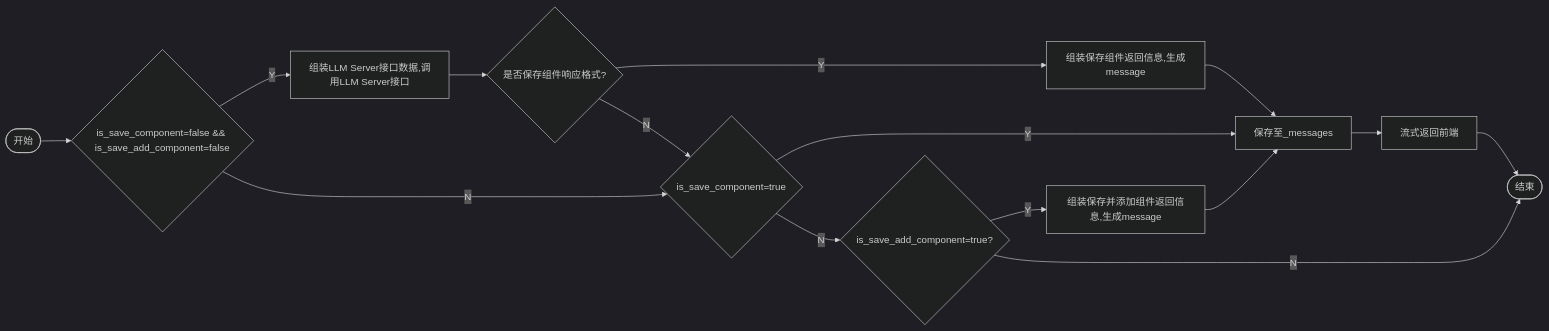
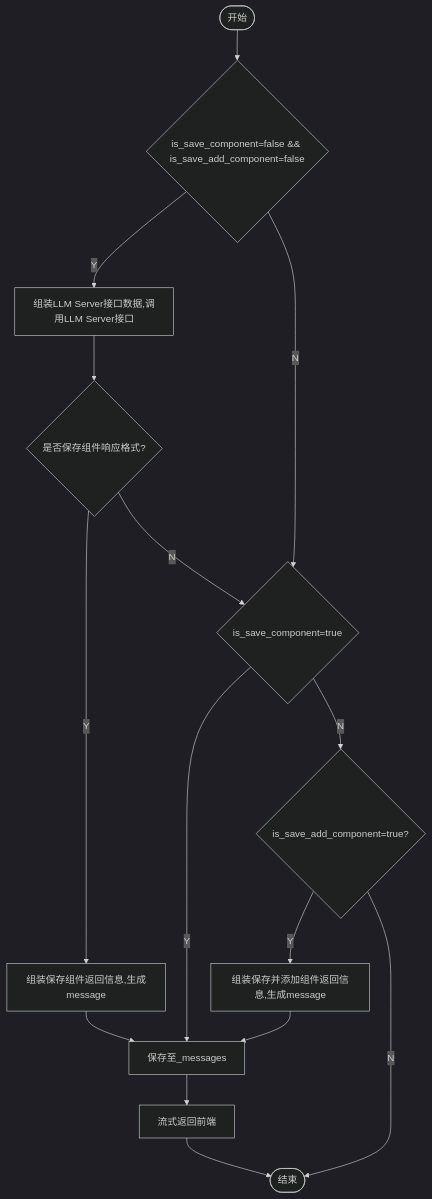
One commit to yingjianzh/iodraw-files changed the diagram in all/未命名-7.md. Above: the diagram before and after it, drawn with Mermaid (dark theme).

Commit message:
2024-10-12 14:01:47 update

````diff
--- a/all/未命名-7.md
+++ b/all/未命名-7.md
@@ -1,18 +1,18 @@
 ```mermaid
-flowchart LR
+flowchart TD
     A([开始]) --> B{is_save_component=false && is_save_add_component=false}
     B -- Y --> C[组装LLM Server接口数据,调用LLM Server接口]
     B -- N --> D{is_save_component=true}
     C --> E{是否保存组件响应格式?}
     E -- Y --> F[组装保存组件返回信息,生成message]
     E -- N --> D
     F --> G[保存至_messages]
     G --> H[流式返回前端]
     H --> I([结束])
     D -- Y --> G
     D -- N --> J{is_save_add_component=true?}
     J -- Y --> K[组装保存并添加组件返回信息,生成message]
     K --> G
     J -- N --> I
 
 ```
````
